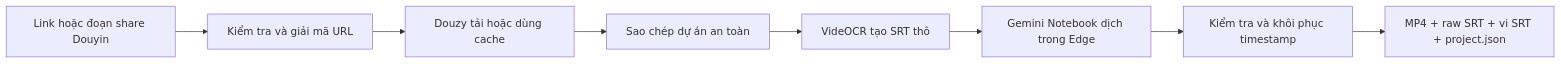
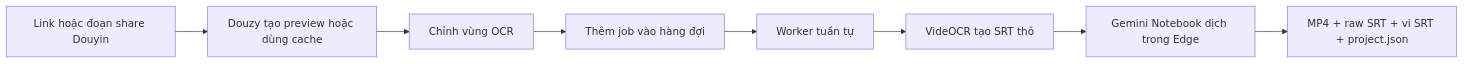
Before and after one commit to qvinh8726/VietSub-Studio: the second of 2 diagrams in README.md, drawn with Mermaid. The commit also changed other lines of this file and 7 other files, not shown here.

Commit message:
Add OCR preview queue and update notifier (#1)

````diff
--- a/README.md
+++ b/README.md
@@ -678,10 +691,10 @@
 ```mermaid
 flowchart LR
-    A[Link hoặc đoạn share Douyin] --> B[Kiểm tra và giải mã URL]
-    B --> C[Douzy tải hoặc dùng cache]
-    C --> D[Sao chép dự án an toàn]
-    D --> E[VideOCR tạo SRT thô]
-    E --> F[Gemini Notebook dịch trong Edge]
-    F --> G[Kiểm tra và khôi phục timestamp]
+    A[Link hoặc đoạn share Douyin] --> B[Douzy tạo preview hoặc dùng cache]
+    B --> C[Chỉnh vùng OCR]
+    C --> D[Thêm job vào hàng đợi]
+    D --> E[Worker tuần tự]
+    E --> F[VideOCR tạo SRT thô]
+    F --> G[Gemini Notebook dịch trong Edge]
     G --> H[MP4 + raw SRT + vi SRT + project.json]
 ```
````
